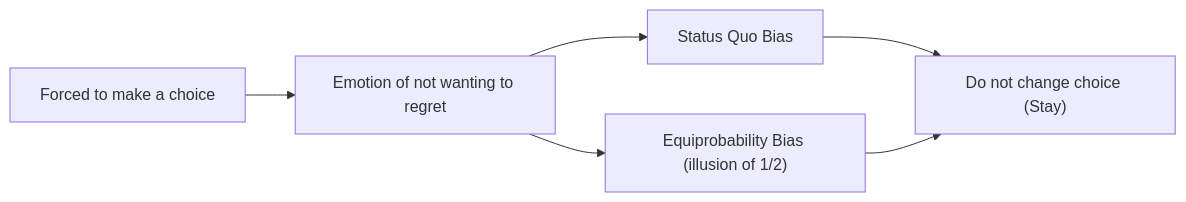
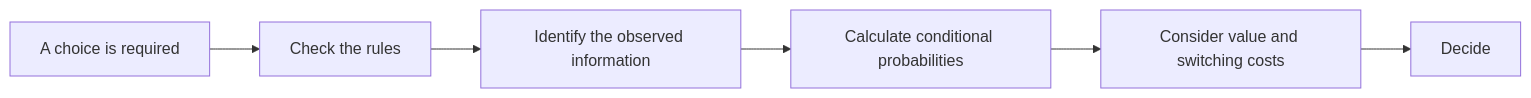
Before and after one commit to kenjinote/blog: the second of 2 diagrams in content/post/paradox-monty-hall-problem/index.en.md, drawn with Mermaid. The commit also changed other lines of this file and 10 other files, not shown here.

````diff
--- a/content/post/paradox-monty-hall-problem/index.en.md
+++ b/content/post/paradox-monty-hall-problem/index.en.md
@@ -187,8 +164,8 @@
 ```mermaid
 flowchart LR
-    Situation["Forced to make a choice"] --> Feeling["Emotion of not wanting to regret"]
-    Feeling --> Bias1["Status Quo Bias"]
-    Feeling --> Bias2["Equiprobability Bias (illusion of 1/2)"]
-    Bias1 --> Conclusion["Do not change choice (Stay)"]
-    Bias2 --> Conclusion
+    Situation["A choice is required"] --> Rules["Check the rules"]
+    Rules --> Observation["Identify the observed information"]
+    Observation --> Posterior["Calculate conditional probabilities"]
+    Posterior --> Utility["Consider value and switching costs"]
+    Utility --> Decision["Decide"]
 ```
````
